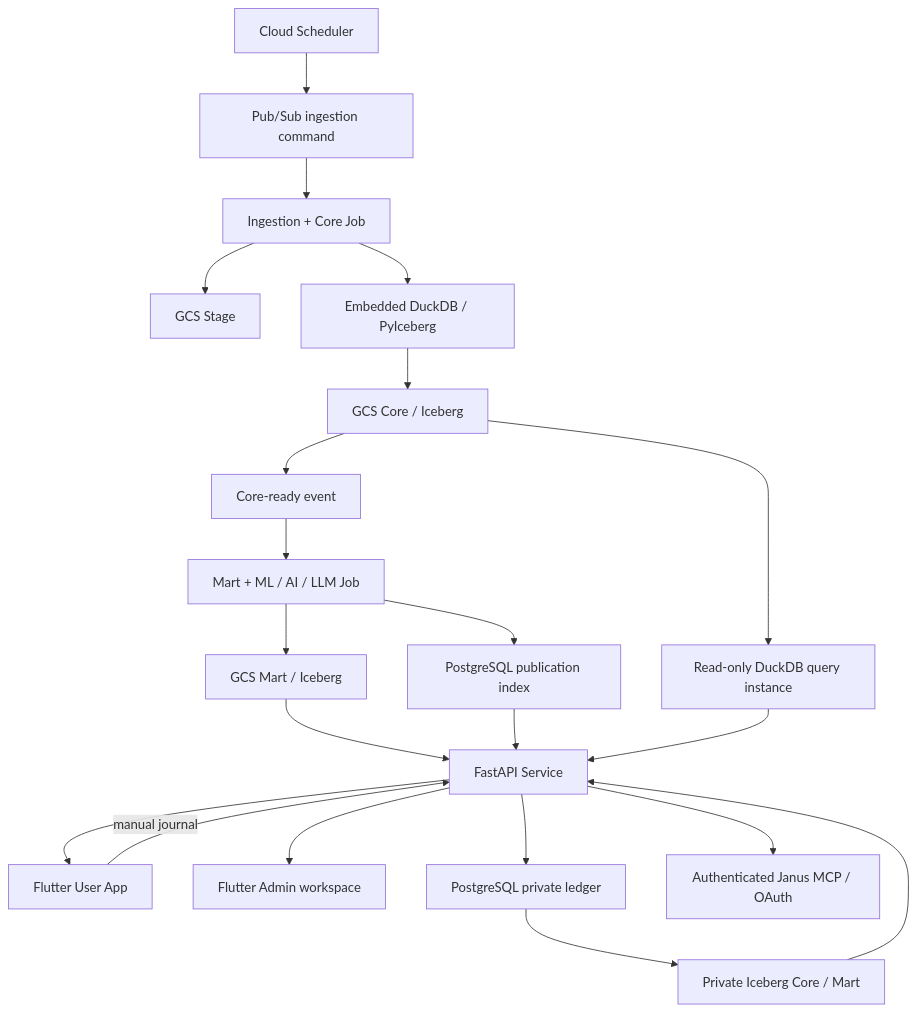
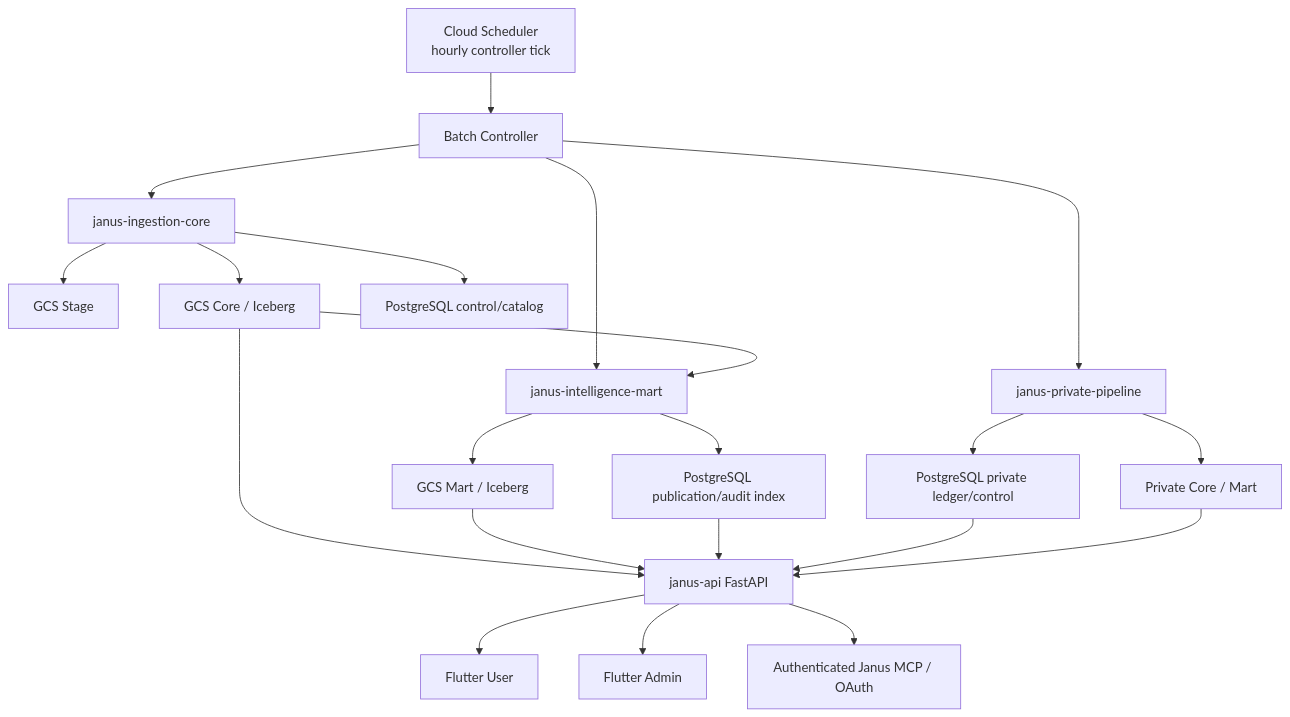
One commit to tommylin15/janus-omniforge changed the diagram in doc/spec/repository-and-gcp.md. Above: the diagram before and after it, drawn with Mermaid. The commit also changed other lines of this file, not shown here.

Commit message:
docs: replace retired Admin and scheduler topology

````diff
--- a/doc/spec/repository-and-gcp.md
+++ b/doc/spec/repository-and-gcp.md
@@ -39,23 +56,28 @@
 ```mermaid
 flowchart TD
-    A["Cloud Scheduler"] --> B["Pub/Sub ingestion command"]
-    B --> C["Ingestion + Core Job"]
-    C --> D["GCS Stage"]
-    C --> E["Embedded DuckDB / PyIceberg"]
-    E --> F["GCS Core / Iceberg"]
-    F --> G["Core-ready event"]
-    G --> H["Mart + ML / AI / LLM Job"]
-    H --> I["GCS Mart / Iceberg"]
-    H --> J["PostgreSQL publication index"]
-    I --> K["FastAPI Service"]
-    J --> K
-    K --> M["Flutter User App"]
-    K --> N["Flutter Admin workspace"]
-    M -->|"manual journal"| K
-    K --> O["PostgreSQL private ledger"]
-    O --> P["Private Iceberg Core / Mart"]
-    P --> K
-    F --> L["Read-only DuckDB query instance"]
-    L --> K
-    K --> V["Authenticated Janus MCP / OAuth"]
+    S["Cloud Scheduler\nhourly controller tick"] --> C["Batch Controller"]
+    C --> I["janus-ingestion-core"]
+    C --> M["janus-intelligence-mart"]
+    C --> P["janus-private-pipeline"]
+
+    I --> ST["GCS Stage"]
+    I --> CO["GCS Core / Iceberg"]
+    I --> PG["PostgreSQL control/catalog"]
+
+    CO --> M
+    M --> MA["GCS Mart / Iceberg"]
+    M --> PUB["PostgreSQL publication/audit index"]
+
+    P --> PL["PostgreSQL private ledger/control"]
+    P --> PM["Private Core / Mart"]
+
+    CO --> API["janus-api FastAPI"]
+    MA --> API
+    PUB --> API
+    PL --> API
+    PM --> API
+
+    API --> U["Flutter User"]
+    API --> A["Flutter Admin"]
+    API --> MCP["Authenticated Janus MCP / OAuth"]
 ```
````
